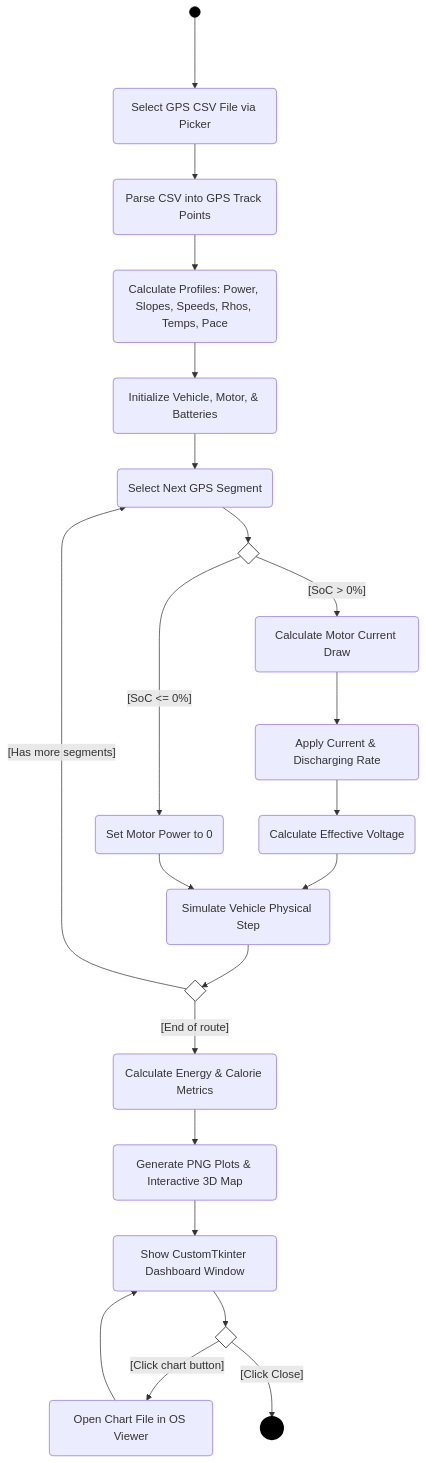
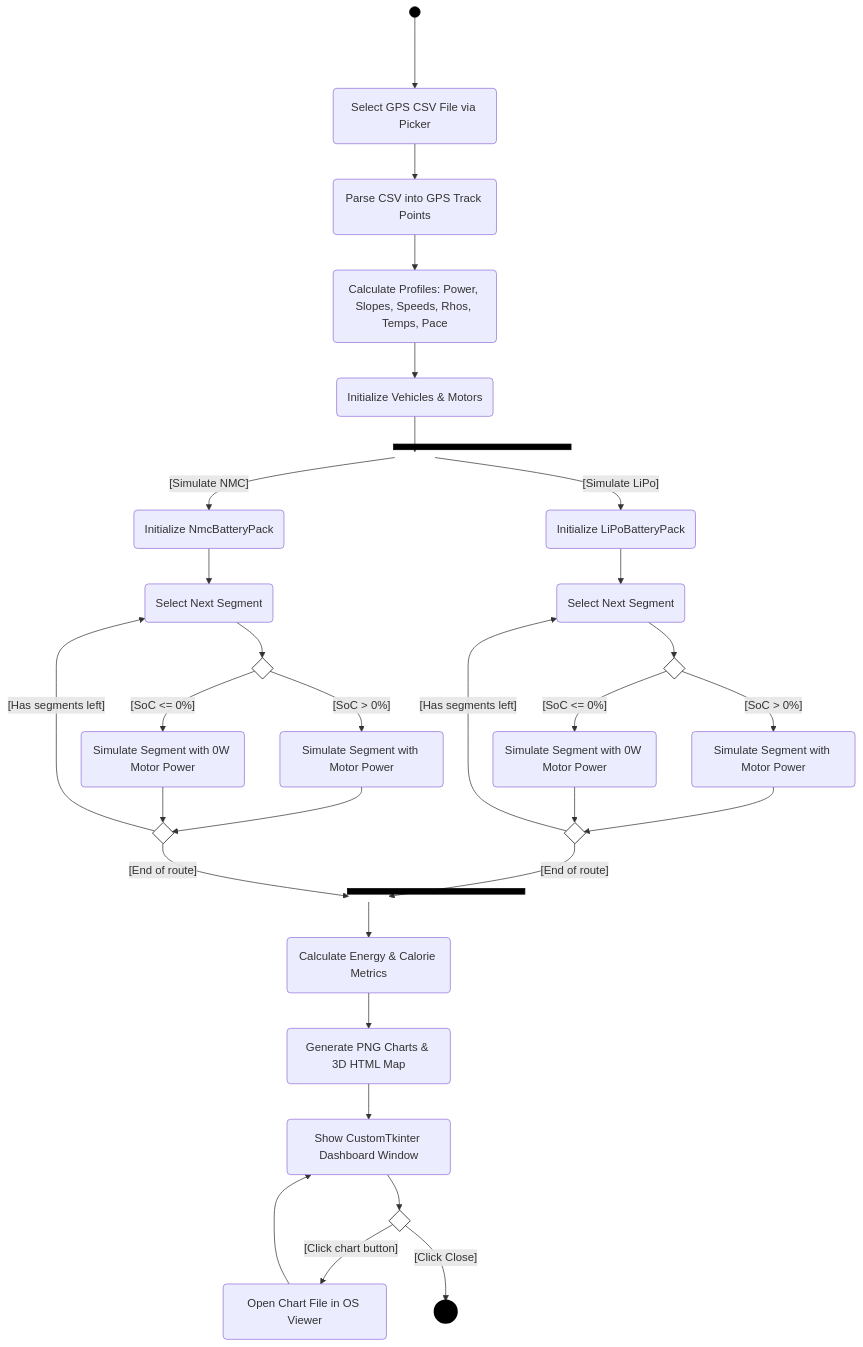
The first of 2 diagrams in README.md (axGabriel/Abschlussprojekt_LT_GR_Programmieren_I), drawn with Mermaid before and after one commit. The commit also changed other lines of this file and 7 other files, not shown here.

````diff
--- a/README.md
+++ b/README.md
@@ -46,48 +45,67 @@
 ```mermaid
 flowchart TD
     %% UML Start and End Nodes
     StartNode(( )) ---> SelectFile(Select GPS CSV File via Picker)
     
     SelectFile --> ParseCSV(Parse CSV into GPS Track Points)
     ParseCSV --> CalcProfiles(Calculate Profiles: Power, Slopes, Speeds, Rhos, Temps, Pace)
-    CalcProfiles --> InitSim(Initialize Vehicle, Motor, & Batteries)
+    CalcProfiles --> InitSim(Initialize Vehicles & Motors)
     
-    %% Loop Start
-    InitSim --> ForEachSegment(Select Next GPS Segment)
+    %% Parallel Fork (UML Fork Bar)
+    InitSim --> ForkBar[ ]
+    style ForkBar fill:#000,stroke:#000,height:8px,width:250px
     
-    %% Decision Node (UML Diamond)
-    ForEachSegment --> DecisionAkku{ }
+    %% Parallel Path 1: LiPo
+    ForkBar -->|"[Simulate LiPo]"| InitLiPo(Initialize LiPoBatteryPack)
+    InitLiPo --> LoopLiPo(Select Next Segment)
+    LoopLiPo --> DecLiPo{ }
+    style DecLiPo fill:#fff,stroke:#000,width:30px,height:30px
     
-    %% Decision Labels as Guards [Condition]
-    DecisionAkku -->|"[SoC > 0%]"| CalcCurrent(Calculate Motor Current Draw)
-    CalcCurrent --> Discharge(Apply Current & Discharging Rate)
-    Discharge --> CalcVoltage(Calculate Effective Voltage)
-    CalcVoltage --> VehicleStep(Simulate Vehicle Physical Step)
+    DecLiPo -->|"[SoC > 0%]"| StepLiPo(Simulate Segment with Motor Power)
+    StepLiPo --> NextLiPo{ }
+    style NextLiPo fill:#fff,stroke:#000,width:30px,height:30px
     
-    DecisionAkku -->|"[SoC <= 0%]"| ZeroPower(Set Motor Power to 0)
-    ZeroPower --> VehicleStep
+    DecLiPo -->|"[SoC <= 0%]"| EmptyLiPo(Simulate Segment with 0W Motor Power)
+    EmptyLiPo --> NextLiPo
     
-    %% Loop Condition check
-    VehicleStep --> NextSegment{ }
-    NextSegment -->|"[Has more segments]"| ForEachSegment
+    NextLiPo -->|"[Has segments left]"| LoopLiPo
+    NextLiPo -->|"[End of route]"| JoinBar
     
-    %% Post-simulation
-    NextSegment -->|"[End of route]"| CalcEnergy(Calculate Energy & Calorie Metrics)
-    CalcEnergy --> GeneratePlots(Generate PNG Plots & Interactive 3D Map)
+    %% Parallel Path 2: NMC
+    ForkBar -->|"[Simulate NMC]"| InitNmc(Initialize NmcBatteryPack)
+    InitNmc --> LoopNmc(Select Next Segment)
+    LoopNmc --> DecNmc{ }
+    style DecNmc fill:#fff,stroke:#000,width:30px,height:30px
+    
+    DecNmc -->|"[SoC > 0%]"| StepNmc(Simulate Segment with Motor Power)
+    StepNmc --> NextNmc{ }
+    style NextNmc fill:#fff,stroke:#000,width:30px,height:30px
+    
+    DecNmc -->|"[SoC <= 0%]"| EmptyNmc(Simulate Segment with 0W Motor Power)
+    EmptyNmc --> NextNmc
+    
+    NextNmc -->|"[Has segments left]"| LoopNmc
+    NextNmc -->|"[End of route]"| JoinBar
+    
+    %% Parallel Join (UML Join Bar)
+    JoinBar[ ]
+    style JoinBar fill:#000,stroke:#000,height:8px,width:250px
+    
+    %% Post-simulation steps
+    JoinBar --> CalcEnergy(Calculate Energy & Calorie Metrics)
+    CalcEnergy --> GeneratePlots(Generate PNG Charts & 3D HTML Map)
     GeneratePlots --> ShowGUI(Show CustomTkinter Dashboard Window)
     
-    %% GUI Interaction Loop
     ShowGUI --> UserChoice{ }
+    style UserChoice fill:#fff,stroke:#000,width:30px,height:30px
+    
     UserChoice -->|"[Click chart button]"| OpenPlot(Open Chart File in OS Viewer)
     OpenPlot --> ShowGUI
     UserChoice -->|"[Click Close]"| EndNode
     
     EndNode((( )))
     
     %% Styles to match UML standard
     style StartNode fill:#000,stroke:#000,width:20px,height:20px
     style EndNode fill:#000,stroke:#000,stroke-width:4px,width:20px,height:20px
-    style DecisionAkku fill:#fff,stroke:#000,width:30px,height:30px
-    style NextSegment fill:#fff,stroke:#000,width:30px,height:30px
-    style UserChoice fill:#fff,stroke:#000,width:30px,height:30px
 ```
````
